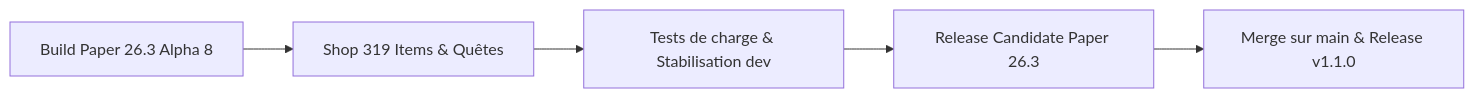
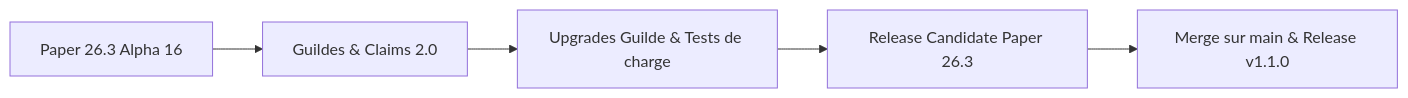
Before and after one commit to WilliamBossard/GensCore: the diagram in docs/fr/guide/roadmap-26-3.md, drawn with Mermaid. The commit also changed other lines of this file and 8 other files, not shown here.

Commit message:
docs: sync root and vitepress documentation with guilds 2.0 and roadmap

````diff
--- a/docs/fr/guide/roadmap-26-3.md
+++ b/docs/fr/guide/roadmap-26-3.md
@@ -72,7 +88,7 @@
 ```mermaid
 flowchart LR
-    A[Build Paper 26.3 Alpha 8] --> B[Shop 319 Items & Quêtes]
-    B --> C[Tests de charge & Stabilisation dev]
+    A[Paper 26.3 Alpha 16] --> B[Guildes & Claims 2.0]
+    B --> C[Upgrades Guilde & Tests de charge]
     C --> D[Release Candidate Paper 26.3]
     D --> E[Merge sur main & Release v1.1.0]
 ```
````
